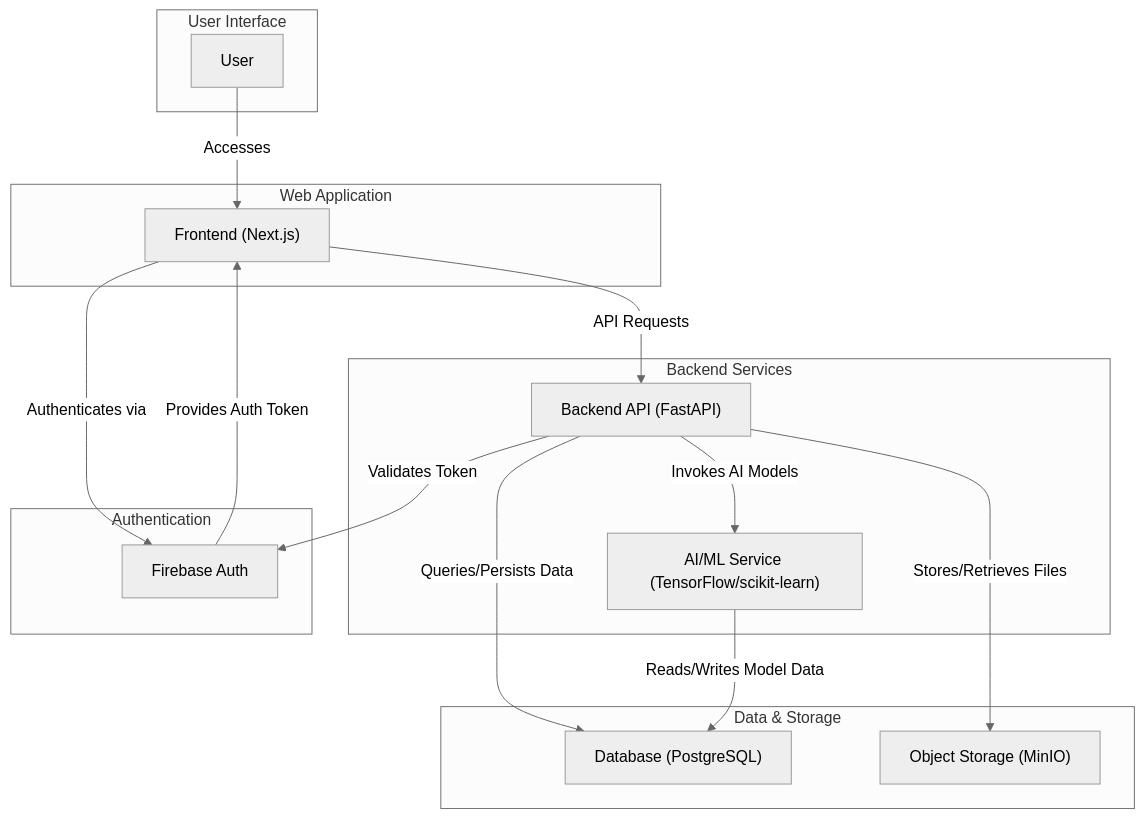
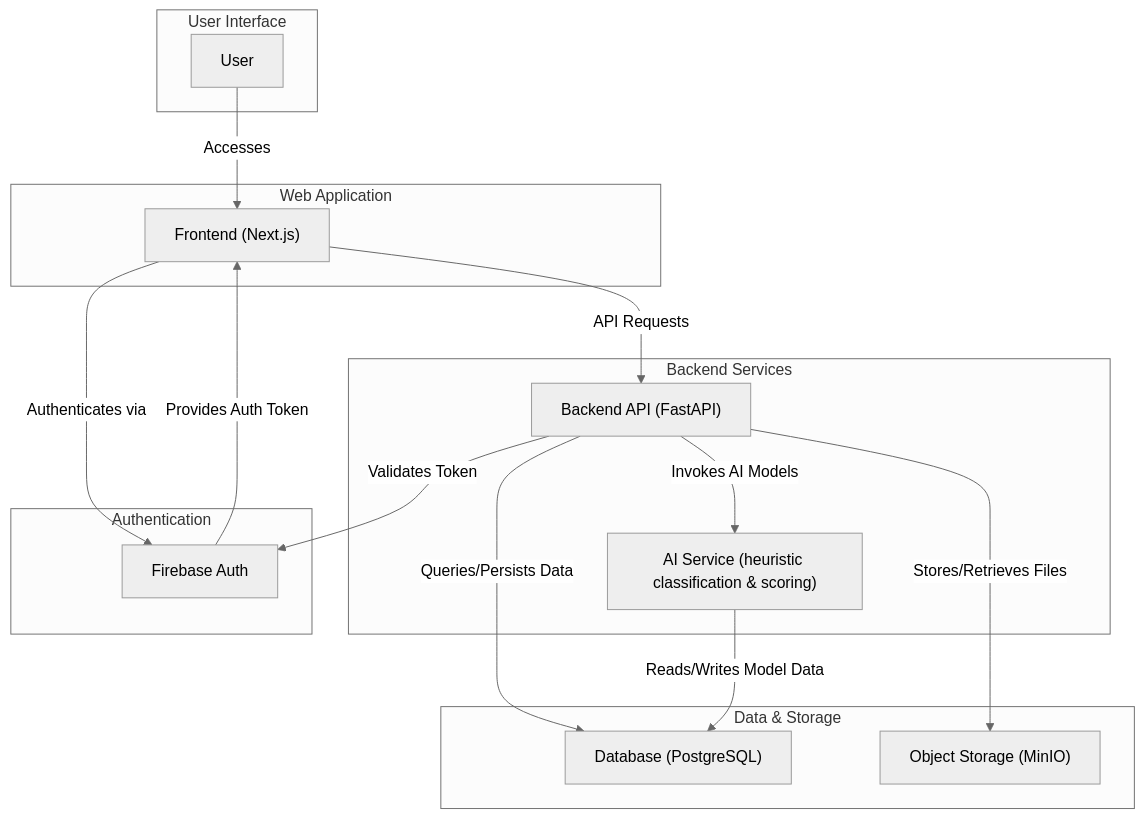
The first of 2 diagrams in ARCHITECTURE.md (GomalRajaGula/EcoFlow-AI), drawn with Mermaid (neutral theme) before and after one commit. The commit also changed other lines of this file and 7 other files, not shown here.

````diff
--- a/ARCHITECTURE.md
+++ b/ARCHITECTURE.md
@@ -9,34 +9,34 @@
 ```mermaid
 graph TD
     subgraph User Interface
         A["User"]
     end
 
     subgraph Web Application
         B["Frontend (Next.js)"]
     end
 
     subgraph Backend Services
         C["Backend API (FastAPI)"]
-        D["AI/ML Service (TensorFlow/scikit-learn)"]
+        D["AI Service (heuristic classification & scoring)"]
     end
 
     subgraph Data & Storage
         E["Database (PostgreSQL)"]
         F["Object Storage (MinIO)"]
     end
 
     subgraph Authentication
         G["Firebase Auth"]
     end
 
     A -- Accesses --> B
     B -- API Requests --> C
     B -- Authenticates via --> G
     C -- Queries/Persists Data --> E
     C -- Stores/Retrieves Files --> F
     C -- Invokes AI Models --> D
     C -- Validates Token --> G
     D -- Reads/Writes Model Data --> E
     G -- Provides Auth Token --> B
 ```
````
